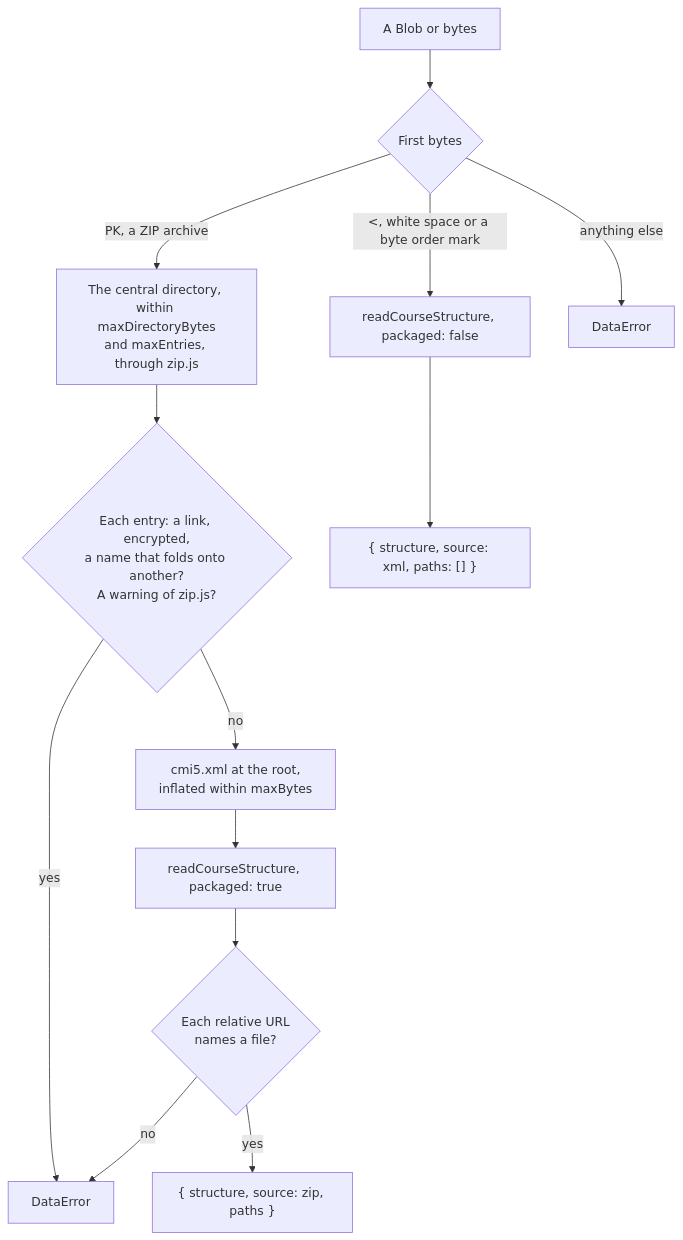
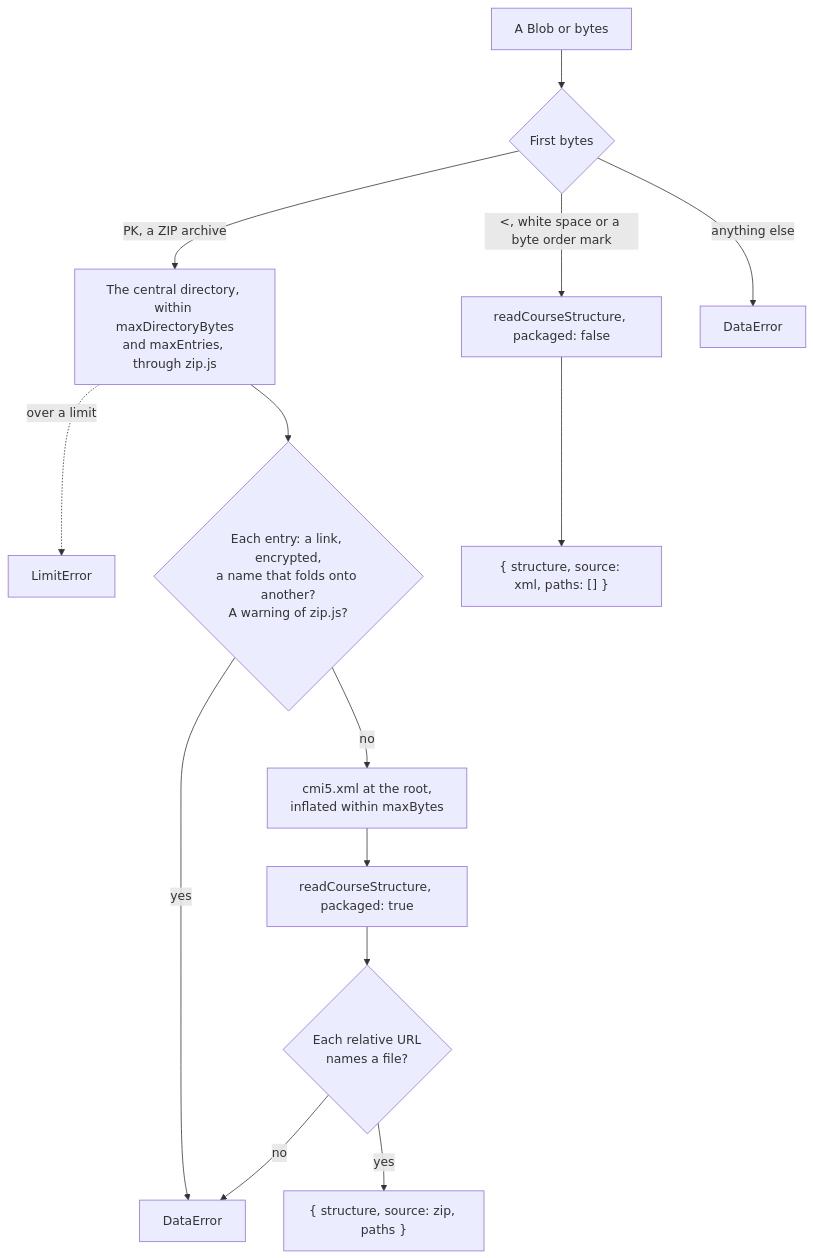
Before and after one commit to interopkit/interopkit: the diagram in docs/course-launch/package.md, drawn with Mermaid. The commit also changed other lines of this file and 137 other files, not shown here.

````diff
--- a/docs/course-launch/package.md
+++ b/docs/course-launch/package.md
@@ -8,15 +8,16 @@
 ```mermaid
 flowchart TD
   input["A Blob or bytes"] --> sniff{"First bytes"}
   sniff -->|"PK, a ZIP archive"| directory["The central directory, within maxDirectoryBytes<br/>and maxEntries, through zip.js"]
   sniff -->|"<, white space or a byte order mark"| xml["readCourseStructure, packaged: false"]
   sniff -->|"anything else"| neither["DataError"]
+  directory -.->|"over a limit"| limited["LimitError"]
   directory --> entries{"Each entry: a link, encrypted,<br/>a name that folds onto another?<br/>A warning of zip.js?"}
   entries -->|"yes"| refused["DataError"]
   entries -->|"no"| inflate["cmi5.xml at the root,<br/>inflated within maxBytes"]
   inflate --> structure["readCourseStructure, packaged: true"]
   structure --> files{"Each relative URL<br/>names a file?"}
   files -->|"no"| refused
   files -->|"yes"| result["{ structure, source: zip, paths }"]
   xml --> resultXml["{ structure, source: xml, paths: [] }"]
 ```
````
